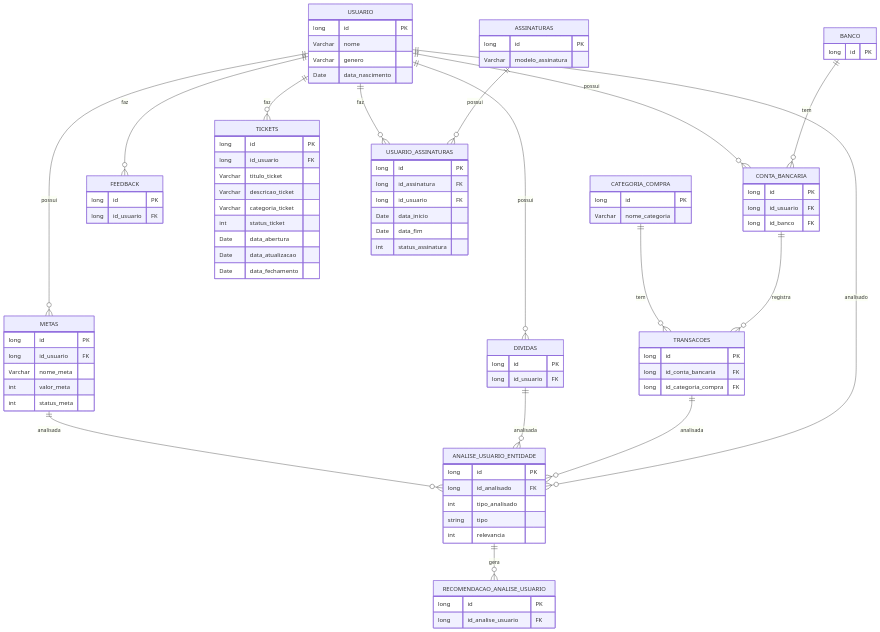
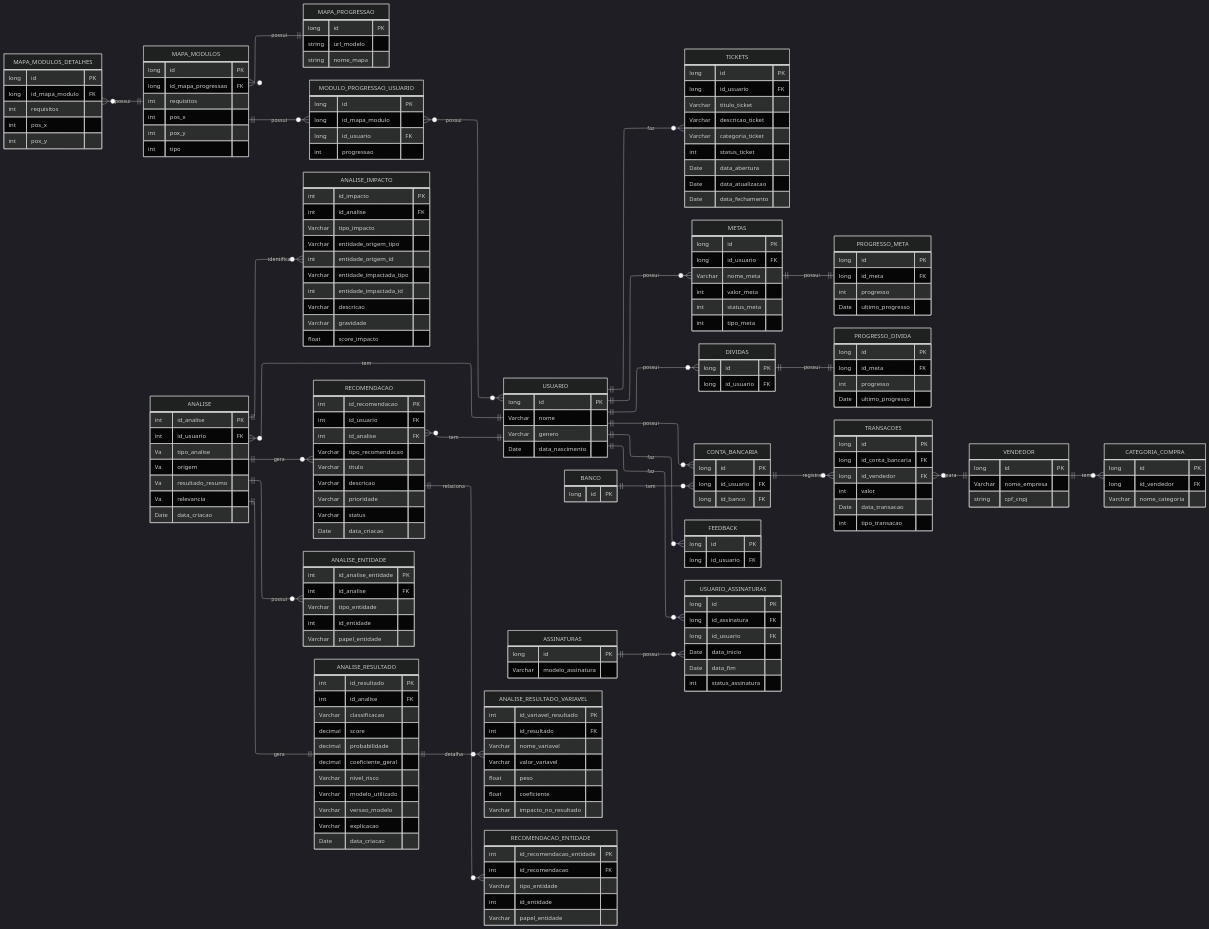
The diagram in Docs/flow/der.md (ZeniteTeam/tolev), drawn with Mermaid before and after one commit.

Commit message:
markdown

````diff
--- a/Docs/flow/der.md
+++ b/Docs/flow/der.md
@@ -1,12 +1,23 @@
 ```mermaid
+%%{init: {'theme':'dark', 'layout':'elk'}}%%
+
 erDiagram
-    direction TB
+    direction LR
 
-    CONTA_BANCARIA {
+    USUARIO {
         long id PK
-        long id_usuario FK
-        long id_banco FK
+        Varchar nome
+        Varchar genero
+        Date data_nascimento
     }
+    USUARIO ||--o{ TICKETS : "faz"
+    USUARIO ||--o{ METAS : "possui"
+    USUARIO ||--o{ DIVIDAS : "possui"
+    USUARIO ||--o{ CONTA_BANCARIA : "possui"
+    USUARIO ||--o{ FEEDBACK : "faz"
+    USUARIO ||--o{ USUARIO_ASSINATURAS : "faz"
+
+
 
     METAS {
         long id PK
@@ -14,21 +25,83 @@
         Varchar nome_meta
         int valor_meta
         int status_meta
+		int tipo_meta
     }
+	METAS||--||PROGRESSO_META : "possui"
+
+	PROGRESSO_META {
+		long id PK
+		long id_meta FK
+		int progresso
+		Date ultimo_progresso
+	}
 
     DIVIDAS {
         long id PK
         long id_usuario FK
     }
 
+	DIVIDAS||--||PROGRESSO_DIVIDA : "possui"
+
+	PROGRESSO_DIVIDA {
+		long id PK
+		long id_meta FK
+		int progresso
+		Date ultimo_progresso
+	}
+
+	MAPA_PROGRESSAO{
+		long id PK
+		string url_modelo
+		string nome_mapa
+	}
+
+	MAPA_MODULOS_DETALHES {
+		long id PK
+		long id_mapa_modulo FK
+		int requisitos
+		int pos_x
+		int pox_y
+	}
+	MAPA_MODULOS_DETALHES}o--||MAPA_MODULOS : "possui" 
+
+	MAPA_MODULOS {
+		long id PK
+		long id_mapa_progressao FK
+		int requisitos
+		int pos_x
+		int pox_y
+		int tipo
+	}
+	MAPA_MODULOS}o--||MAPA_PROGRESSAO : "possui" 
+	MAPA_MODULOS||--O{MODULO_PROGRESSAO_USUARIO : "possui" 
+
+
+	MODULO_PROGRESSAO_USUARIO {
+		long id PK	
+		long id_mapa_modulo
+		long id_usuario FK
+		int progressao
+	}
+	MODULO_PROGRESSAO_USUARIO}o--o{USUARIO : "possui" 
+
+
     FEEDBACK {
         long id PK
         long id_usuario FK
     }
 
+    CONTA_BANCARIA {
+        long id PK
+        long id_usuario FK
+        long id_banco FK
+    }
+    CONTA_BANCARIA ||--o{ TRANSACOES : "registra"
+
     BANCO {
         long id PK
     }
+    BANCO ||--o{ CONTA_BANCARIA : "tem"
 
     TICKETS {
         long id PK
@@ -42,31 +115,28 @@
         Date data_fechamento
     }
 
-    USUARIO {
-        long id PK
-        Varchar nome
-        Varchar genero
-        Date data_nascimento
-    }
-
     TRANSACOES {
         long id PK
         long id_conta_bancaria FK
-        long id_categoria_compra FK
+        long id_vendedor FK
+		int valor
+		Date data_transacao
+		int tipo_transacao  
     }
+	TRANSACOES}o--||VENDEDOR : "para"
 
-    ANALISE_USUARIO_ENTIDADE {
+    CATEGORIA_COMPRA {
         long id PK
-        long id_analisado FK
-        int tipo_analisado
-        string tipo
-        int relevancia
+		long id_vendedor FK
+        Varchar nome_categoria
     }
+	VENDEDOR ||--o{ CATEGORIA_COMPRA : "tem"
 
-    RECOMENDACAO_ANALISE_USUARIO {
-        long id PK
-        long id_analise_usuario FK
-    }
+	VENDEDOR {
+		long id PK
+		Varchar nome_empresa
+		string cpf_cnpj
+	}
 
     USUARIO_ASSINATURAS {
         long id PK
@@ -77,35 +147,97 @@
         int status_assinatura
     }
 
+    
     ASSINATURAS {
         long id PK
         Varchar modelo_assinatura
     }
+    ASSINATURAS ||--o{ USUARIO_ASSINATURAS : "possui"
 
-    CATEGORIA_COMPRA {
-        long id PK
-        Varchar nome_categoria
+
+    ANALISE {
+        int id_analise PK
+        int id_usuario FK
+        Va tipo_analise
+        Va origem
+        Va resultado_resumo
+        Va relevancia
+        Date data_criacao
+    }
+	ANALISE }o--|| USUARIO : "tem"
+    ANALISE ||--o{ ANALISE_IMPACTO : "identifica"
+    ANALISE ||--o{ RECOMENDACAO : "gera"
+    ANALISE ||--o{ ANALISE_ENTIDADE : "possui"
+    ANALISE ||--|| ANALISE_RESULTADO : "gera"
+
+    ANALISE_ENTIDADE {
+        int id_analise_entidade PK
+        int id_analise FK
+        Varchar tipo_entidade
+        int id_entidade
+        Varchar papel_entidade
     }
 
-    CATEGORIA_COMPRA ||--o{ TRANSACOES : tem
+    ANALISE_RESULTADO {
+        int id_resultado PK
+        int id_analise FK
+        Varchar classificacao
+        decimal score
+        decimal probabilidade
+        decimal coeficiente_geral
+        Varchar nivel_risco
+        Varchar modelo_utilizado
+        Varchar versao_modelo
+        Varchar explicacao
+        Date data_criacao
+    }
+    ANALISE_RESULTADO ||--o{ ANALISE_RESULTADO_VARIAVEL : "detalha"
 
-    USUARIO ||--o{ TICKETS : faz
-    USUARIO ||--o{ METAS : possui
-    USUARIO ||--o{ DIVIDAS : possui
-    USUARIO ||--o{ CONTA_BANCARIA : possui
-    USUARIO ||--o{ FEEDBACK : faz
-    USUARIO ||--o{ USUARIO_ASSINATURAS : faz
+    ANALISE_RESULTADO_VARIAVEL {
+        int id_variavel_resultado PK
+        int id_resultado FK
+        Varchar nome_variavel
+        Varchar valor_variavel
+        float peso
+        float coeficiente
+        Varchar impacto_no_resultado
+    }
 
-    ASSINATURAS ||--o{ USUARIO_ASSINATURAS : possui
+    ANALISE_IMPACTO {
+        int id_impacto PK
+        int id_analise FK
+        Varchar tipo_impacto
+        Varchar entidade_origem_tipo
+        int entidade_origem_id
+        Varchar entidade_impactada_tipo
+        int entidade_impactada_id
+        Varchar descricao
+        Varchar gravidade
+        float score_impacto
+    }
 
-    BANCO ||--o{ CONTA_BANCARIA : tem
+    RECOMENDACAO {
+        int id_recomendacao PK
+        int id_usuario FK
+        int id_analise FK
+        Varchar tipo_recomendacao
+        Varchar titulo
+        Varchar descricao
+        Varchar prioridade
+        Varchar status
+        Date data_criacao
+    }
+   	RECOMENDACAO ||--o{ RECOMENDACAO_ENTIDADE : "relaciona"
+	RECOMENDACAO }o--|| USUARIO : "tem"
 
-    CONTA_BANCARIA ||--o{ TRANSACOES : registra
+    RECOMENDACAO_ENTIDADE {
+        int id_recomendacao_entidade PK
+        int id_recomendacao FK
+        Varchar tipo_entidade
+        int id_entidade
+        Varchar papel_entidade
+    }
 
-    METAS ||--o{ ANALISE_USUARIO_ENTIDADE : analisada
-    DIVIDAS ||--o{ ANALISE_USUARIO_ENTIDADE : analisada
-    TRANSACOES ||--o{ ANALISE_USUARIO_ENTIDADE : analisada
-    USUARIO ||--o{ ANALISE_USUARIO_ENTIDADE : analisado
+  
 
-    ANALISE_USUARIO_ENTIDADE ||--o{ RECOMENDACAO_ANALISE_USUARIO : gera
 ```
````
